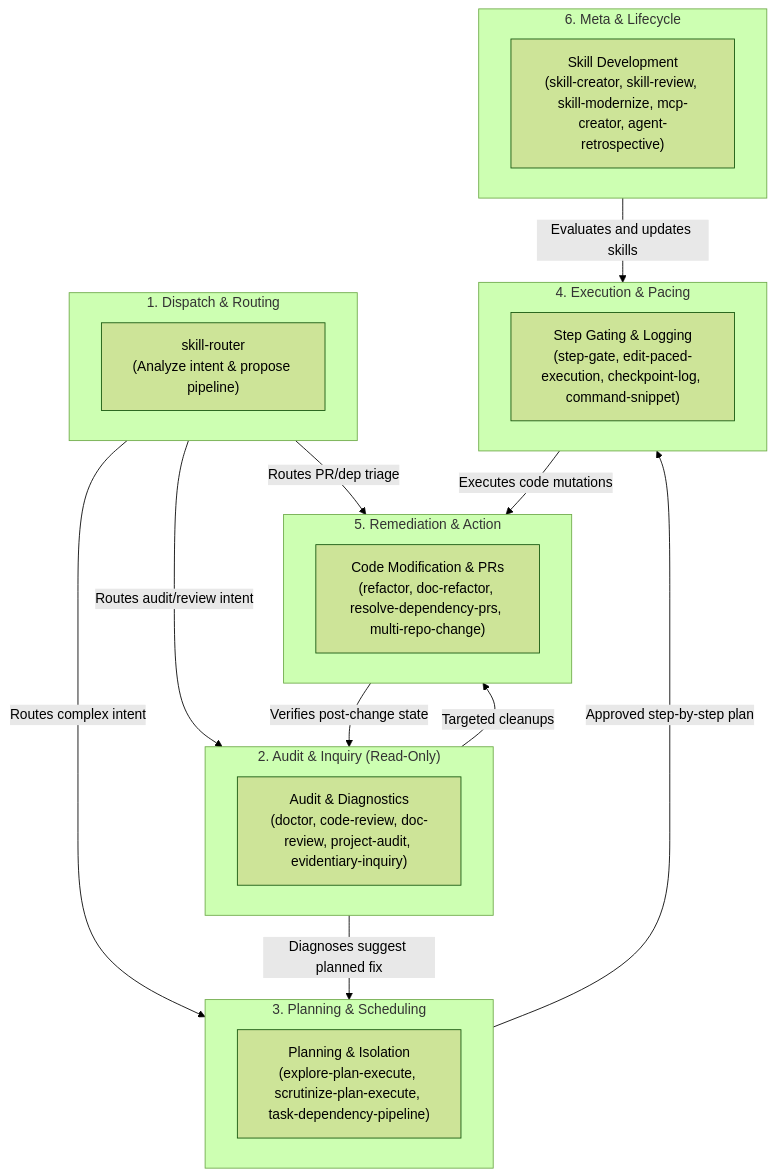
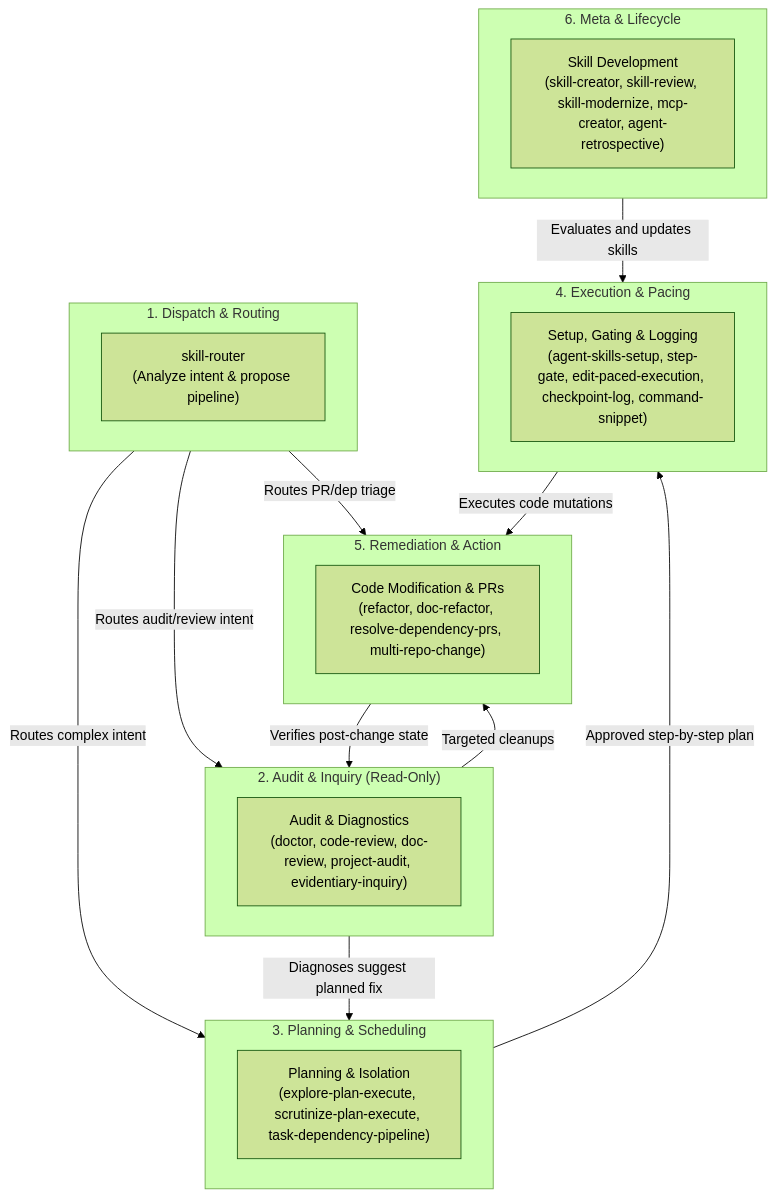
Before and after one commit to berquerant/agent-skills: the first of 5 diagrams in docs/skill-interoperability.md, drawn with Mermaid (forest theme). The commit also changed 5 other files, not shown here.

First line of the commit message:
feat(skills): introduce agent-skills-setup and replace global AGENTS.md (#22)

````diff
--- a/docs/skill-interoperability.md
+++ b/docs/skill-interoperability.md
@@ -13,37 +13,37 @@
 ```mermaid
 flowchart TD
     subgraph Dispatch ["1. Dispatch & Routing"]
         SR["skill-router<br/>(Analyze intent & propose pipeline)"]
     end
 
     subgraph Audit ["2. Audit & Inquiry (Read-Only)"]
         AUD["Audit & Diagnostics<br/>(doctor, code-review, doc-review, project-audit, evidentiary-inquiry)"]
     end
 
     subgraph Planning ["3. Planning & Scheduling"]
         PLAN["Planning & Isolation<br/>(explore-plan-execute, scrutinize-plan-execute, task-dependency-pipeline)"]
     end
 
     subgraph Execution ["4. Execution & Pacing"]
-        EXEC["Step Gating & Logging<br/>(step-gate, edit-paced-execution, checkpoint-log, command-snippet)"]
+        EXEC["Setup, Gating & Logging<br/>(agent-skills-setup, step-gate, edit-paced-execution, checkpoint-log, command-snippet)"]
     end
 
     subgraph Remediation ["5. Remediation & Action"]
         REM["Code Modification & PRs<br/>(refactor, doc-refactor, resolve-dependency-prs, multi-repo-change)"]
     end
 
     subgraph Meta ["6. Meta & Lifecycle"]
         META["Skill Development<br/>(skill-creator, skill-review, skill-modernize, mcp-creator, agent-retrospective)"]
     end
 
     %% High-level hand-offs
     Dispatch -->|"Routes complex intent"| Planning
     Dispatch -->|"Routes audit/review intent"| Audit
     Dispatch -->|"Routes PR/dep triage"| Remediation
     Audit -->|"Diagnoses suggest planned fix"| Planning
     Audit -->|"Targeted cleanups"| Remediation
     Planning -->|"Approved step-by-step plan"| Execution
     Execution -->|"Executes code mutations"| Remediation
     Remediation -->|"Verifies post-change state"| Audit
     Meta -->|"Evaluates and updates skills"| Execution
 ```
````
